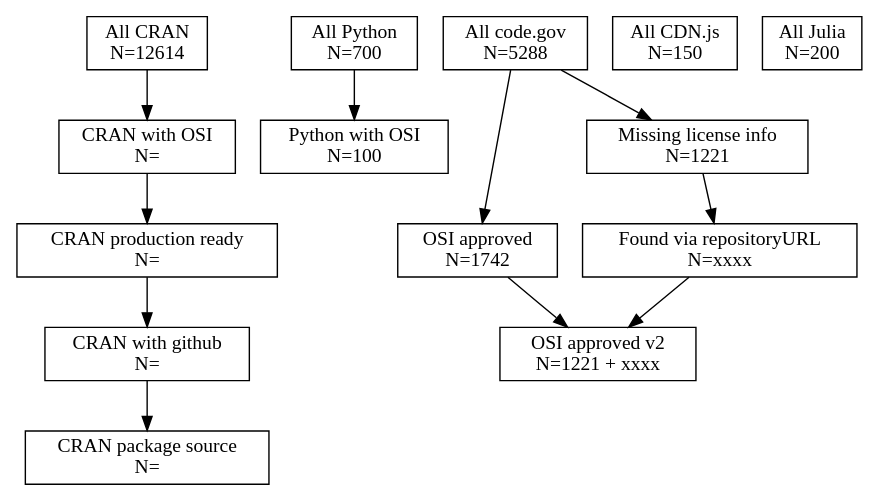
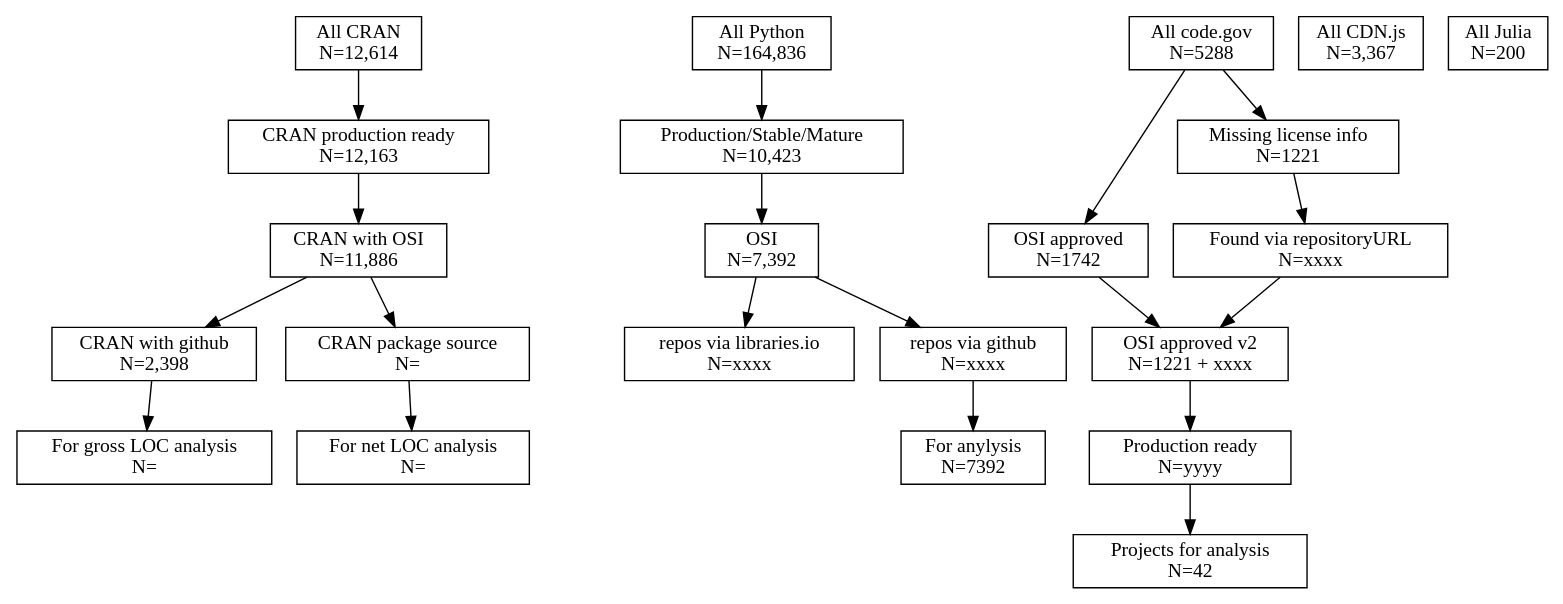
The diagram in src/consort/consort.dot (team-oss/scrape-cran), drawn with Graphviz before and after one commit. The commit also changed 1 other file, not shown here.

Commit message:
cran, python, cdn consort updates

```diff
--- a/src/consort/consort.dot
+++ b/src/consort/consort.dot
@@ -1,37 +1,53 @@
 digraph g {
   #start [shape = box, label = "OSS Software"];
 
-  cran000 [shape = box, label = "All CRAN\nN=12614"];
-  cran010 [shape = box, label = "CRAN with OSI\nN="];
-  cran020 [shape = box, label = "CRAN production ready\nN="];
-  cran030 [shape = box, label = "CRAN with github\nN="];
+  cran000 [shape = box, label = "All CRAN\nN=12,614"];
+  cran010 [shape = box, label = "CRAN production ready\nN=12,163"];
+  cran020 [shape = box, label = "CRAN with OSI\nN=11,886"];
+  cran030 [shape = box, label = "CRAN with github\nN=2,398"];
   cran040 [shape = box, label = "CRAN package source\nN="];
+  cran100 [shape = box, label = "For gross LOC analysis\nN="];
+  cran110 [shape = box, label = "For net LOC analysis\nN="];
 
-  py000 [shape = box, label = "All Python\nN=700"];
-  py010 [shape = box, label = "Python with OSI\nN=100"];
+  py000 [shape = box, label = "All Python\nN=164,836"];
+  py010 [shape = box, label = "Production/Stable/Mature\nN=10,423"];
+  py020 [shape = box, label = "OSI\nN=7,392"];
+  py030 [shape = box, label = "repos via libraries.io\nN=xxxx"];
+  py040 [shape = box, label = "repos via github\nN=xxxx"];
+  py999 [shape = box, label = "For anylysis\nN=7392"];
 
   gov000 [shape = box, label = "All code.gov\nN=5288"];
   gov010 [shape = box, label = "OSI approved\nN=1742"];
   gov020 [shape = box, label = "Missing license info\nN=1221"];
   gov030 [shape = box, label = "Found via repositoryURL\nN=xxxx"];
   gov040 [shape = box, label = "OSI approved v2 \nN=1221 + xxxx"];
+  gov050 [shape = box, label = "Production ready \nN=yyyy"];
+  gov060 [shape = box, label = "Projects for analysis \nN=42"];
 
-  cdn000 [shape = box, label = "All CDN.js\nN=150"];
+  cdn000 [shape = box, label = "All CDN.js\nN=3,367"];
 
   julia000 [shape = box, label = "All Julia\nN=200"];
 
   #start -> {node000 node040 node060 node070 node080};
 
   cran000 -> cran010;
   cran010 -> cran020;
   cran020 -> cran030;
-  cran030 -> cran040;
+  cran020 -> cran040;
+  cran030 -> cran100;
+  cran040 -> cran110;
 
   gov000 -> gov010;
   gov000 -> gov020;
   gov020 -> gov030;
   gov030 -> gov040;
   gov010 -> gov040;
+  gov040 -> gov050;
+  gov050 -> gov060;
 
   py000 -> py010;
+  py010 -> py020;
+  py020 -> py030;
+  py020 -> py040;
+  py040 -> py999;
 }
```
